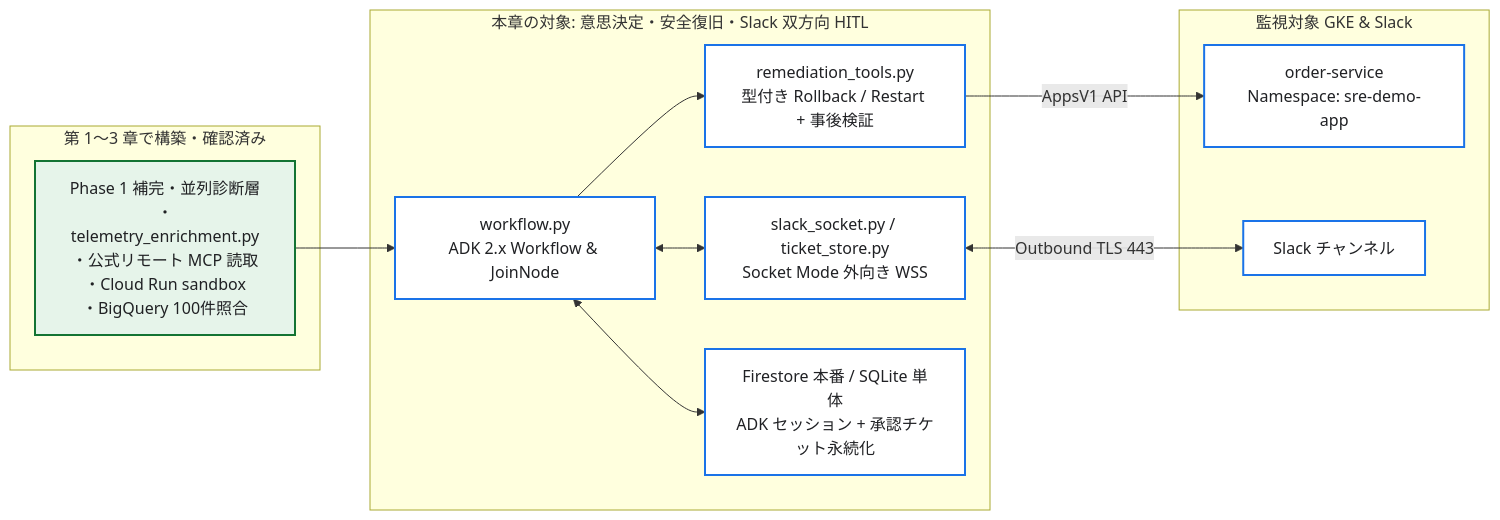
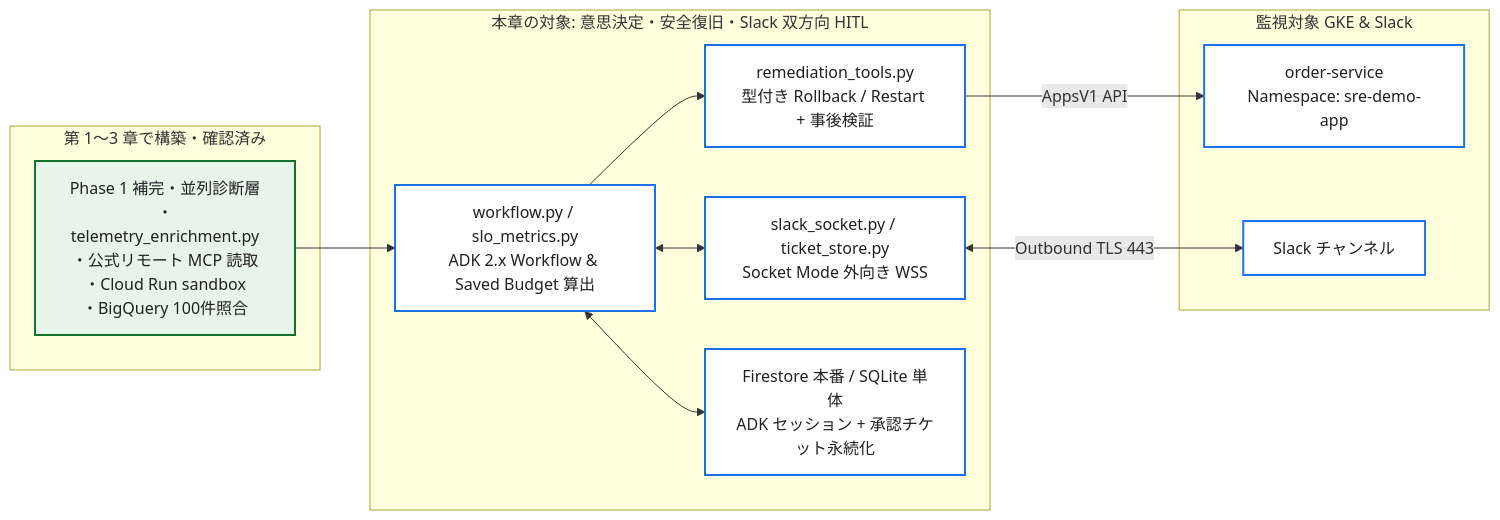
The first of 4 diagrams in docs/04-auto-remediation-and-slack-hitl.md (tyorikan/agentic-sre-handson), drawn with Mermaid before and after one commit. The commit also changed other lines of this file and 27 other files, not shown here.

Commit message:
feat(slo): add Cloud Monitoring SLO & Error Budget savings tracking and polish workshop guides

````diff
--- a/docs/04-auto-remediation-and-slack-hitl.md
+++ b/docs/04-auto-remediation-and-slack-hitl.md
@@ -17,30 +17,30 @@
 ```mermaid
 flowchart LR
     subgraph Prev["第 1〜3 章で構築・確認済み"]
         Diag["Phase 1 補完・並列診断層<br/>・telemetry_enrichment.py<br/>・公式リモート MCP 読取<br/>・Cloud Run sandbox<br/>・BigQuery 100件照合"]
     end
 
     subgraph Now["本章の対象: 意思決定・安全復旧・Slack 双方向 HITL"]
-        WF["workflow.py<br/>ADK 2.x Workflow & JoinNode"]
+        WF["workflow.py / slo_metrics.py<br/>ADK 2.x Workflow & Saved Budget 算出"]
         Rem["remediation_tools.py<br/>型付き Rollback / Restart + 事後検証"]
         SlackMod["slack_socket.py / ticket_store.py<br/>Socket Mode 外向き WSS"]
         DB["Firestore 本番 / SQLite 単体<br/>ADK セッション + 承認チケット永続化"]
         WF --> Rem
         WF <--> SlackMod
         WF <--> DB
     end
 
     subgraph Target["監視対象 GKE & Slack"]
         GKE["order-service<br/>Namespace: sre-demo-app"]
         SlackUI["Slack チャンネル"]
     end
 
     Diag --> WF
     Rem -->|"AppsV1 API"| GKE
     SlackMod <-->|"Outbound TLS 443"| SlackUI
 
     classDef done fill:#e6f4ea,stroke:#137333,stroke-width:2px,color:#202124;
     classDef cur fill:#ffffff,stroke:#1a73e8,stroke-width:2px,color:#202124;
     class Diag done;
     class WF,Rem,SlackMod,DB,GKE,SlackUI cur;
 ```
````
